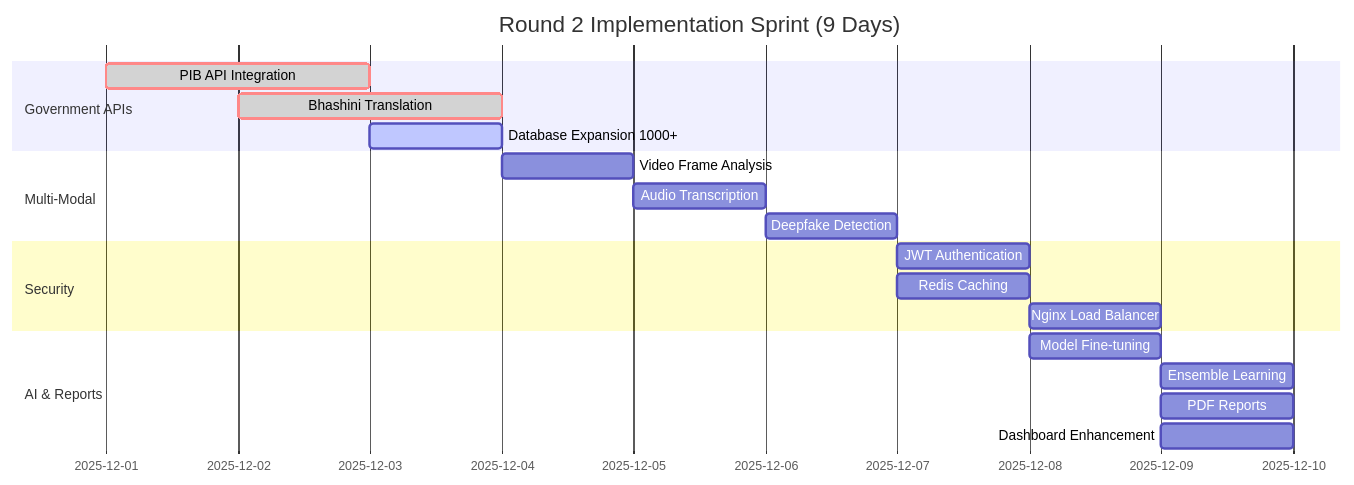
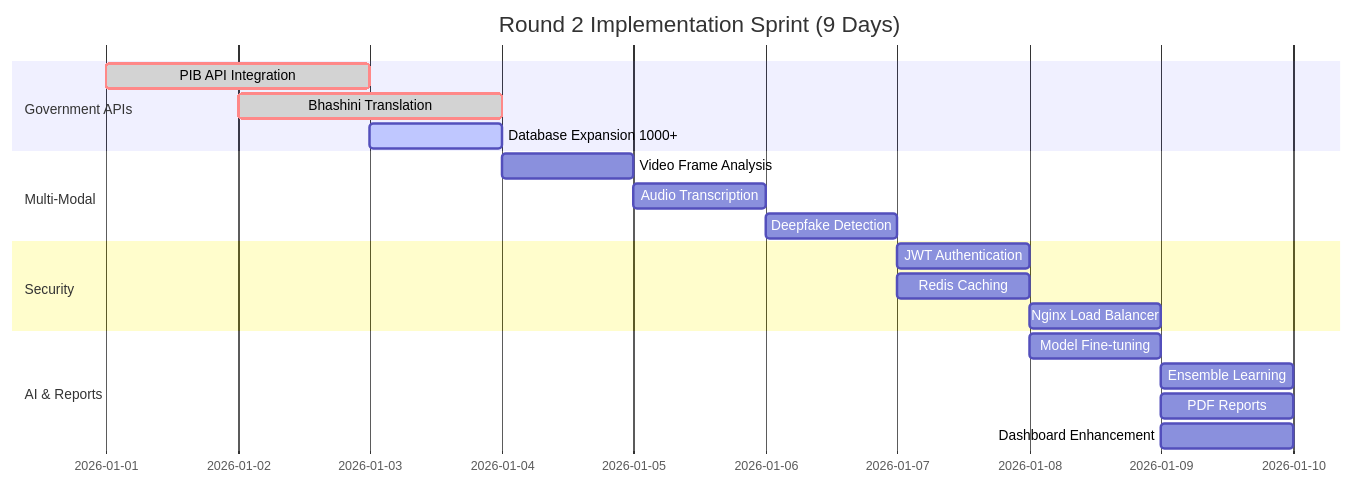
The seventh of 7 diagrams in docs/round2/ROUND2_IMPROVEMENTS.md (KamelSayed/SATYA-DRISHTI), drawn with Mermaid before and after one commit.

````diff
--- a/docs/round2/ROUND2_IMPROVEMENTS.md
+++ b/docs/round2/ROUND2_IMPROVEMENTS.md
@@ -735,22 +735,22 @@
 ```mermaid
 gantt
     title Round 2 Implementation Sprint (9 Days)
     dateFormat  YYYY-MM-DD
     section Government APIs
-    PIB API Integration       :crit, done, api1, 2025-12-01, 2d
-    Bhashini Translation      :crit, done, api2, 2025-12-02, 2d
-    Database Expansion 1000+  :active, api3, 2025-12-03, 1d
+    PIB API Integration       :crit, done, api1, 2026-01-01, 2d
+    Bhashini Translation      :crit, done, api2, 2026-01-02, 2d
+    Database Expansion 1000+  :active, api3, 2026-01-03, 1d
     section Multi-Modal
-    Video Frame Analysis      :video1, 2025-12-04, 1d
-    Audio Transcription       :video2, 2025-12-05, 1d
-    Deepfake Detection        :video3, 2025-12-06, 1d
+    Video Frame Analysis      :video1, 2026-01-04, 1d
+    Audio Transcription       :video2, 2026-01-05, 1d
+    Deepfake Detection        :video3, 2026-01-06, 1d
     section Security
-    JWT Authentication        :sec1, 2025-12-07, 1d
-    Redis Caching            :sec2, 2025-12-07, 1d
-    Nginx Load Balancer      :sec3, 2025-12-08, 1d
+    JWT Authentication        :sec1, 2026-01-07, 1d
+    Redis Caching            :sec2, 2026-01-07, 1d
+    Nginx Load Balancer      :sec3, 2026-01-08, 1d
     section AI & Reports
-    Model Fine-tuning        :ai1, 2025-12-08, 1d
-    Ensemble Learning        :ai2, 2025-12-09, 1d
-    PDF Reports              :report1, 2025-12-09, 1d
-    Dashboard Enhancement    :report2, 2025-12-09, 1d
+    Model Fine-tuning        :ai1, 2026-01-08, 1d
+    Ensemble Learning        :ai2, 2026-01-09, 1d
+    PDF Reports              :report1, 2026-01-09, 1d
+    Dashboard Enhancement    :report2, 2026-01-09, 1d
 ```
````
